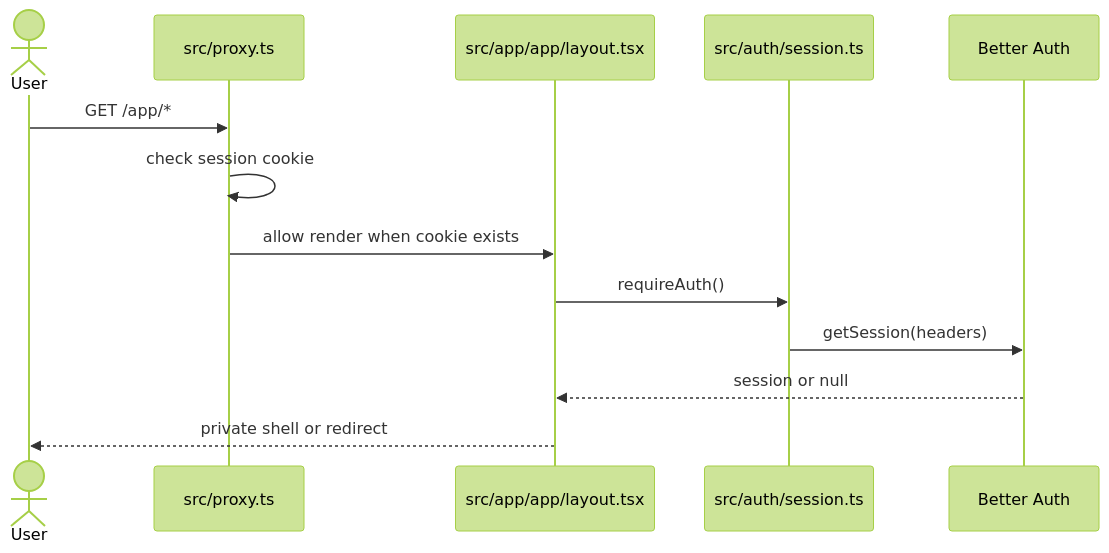
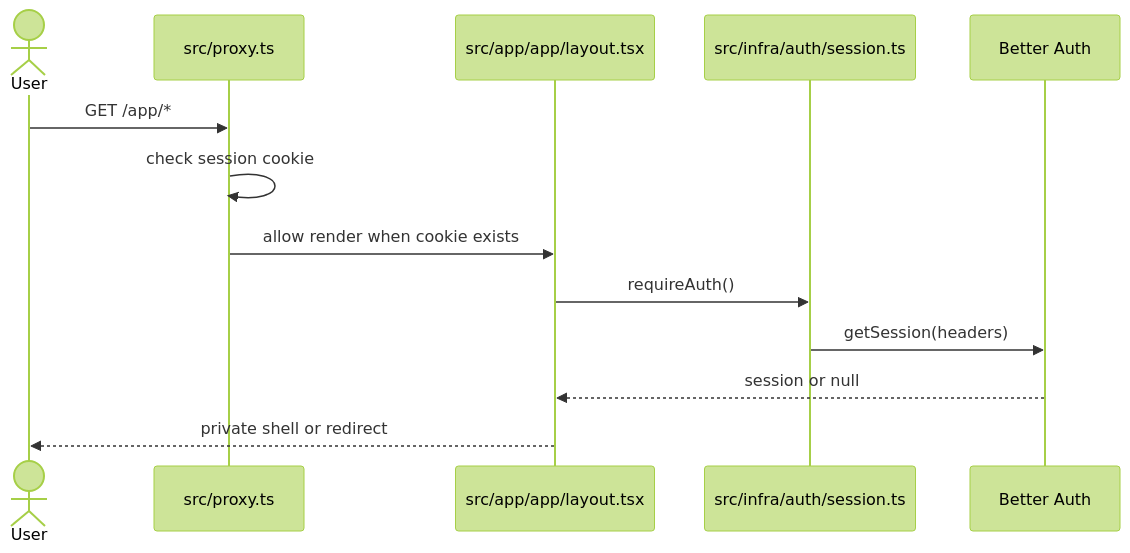
Before and after one commit to dpnunez/enade-simulados: the third of 3 diagrams in .specs/codebase/ARCHITECTURE.md, drawn with Mermaid (forest theme). The commit also changed other lines of this file and 16 other files, not shown here.

````diff
--- a/.specs/codebase/ARCHITECTURE.md
+++ b/.specs/codebase/ARCHITECTURE.md
@@ -90,16 +90,16 @@
 ```mermaid
 sequenceDiagram
     actor User
     participant Proxy as src/proxy.ts
     participant Layout as src/app/app/layout.tsx
-    participant Session as src/auth/session.ts
+    participant Session as src/infra/auth/session.ts
     participant Auth as Better Auth
 
     User->>Proxy: GET /app/*
     Proxy->>Proxy: check session cookie
     Proxy->>Layout: allow render when cookie exists
     Layout->>Session: requireAuth()
     Session->>Auth: getSession(headers)
     Auth-->>Layout: session or null
     Layout-->>User: private shell or redirect
 ```
````
